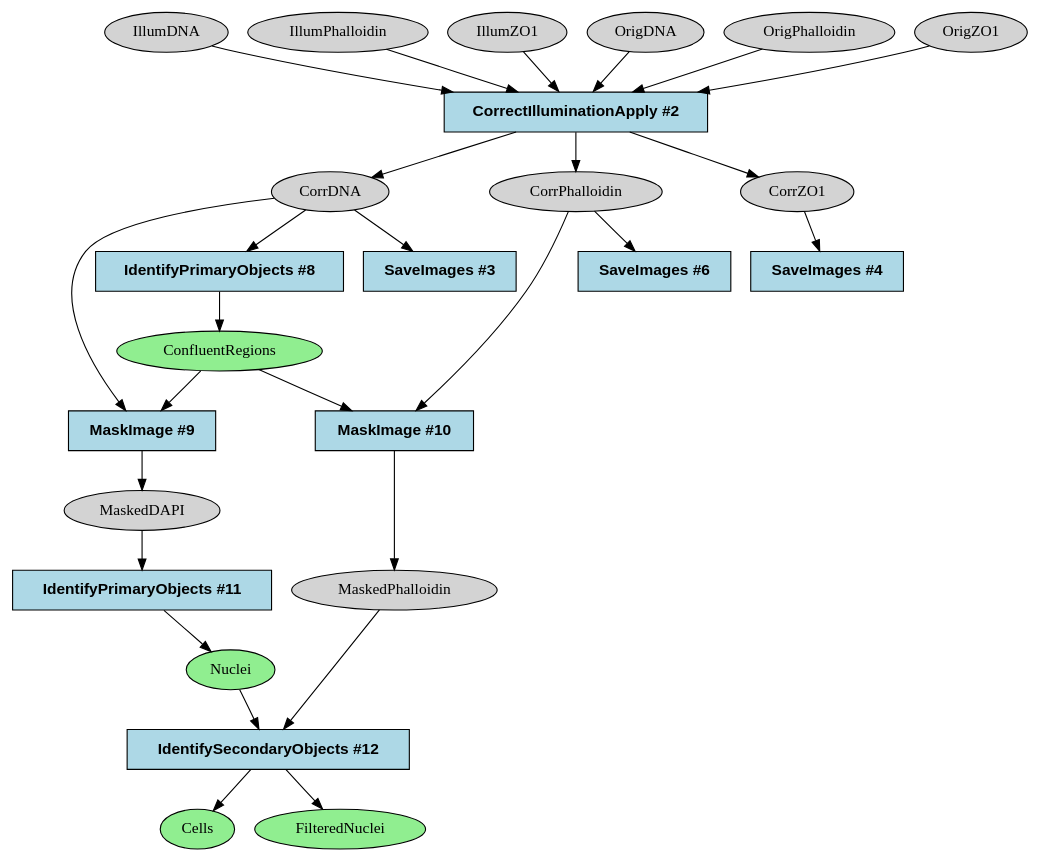
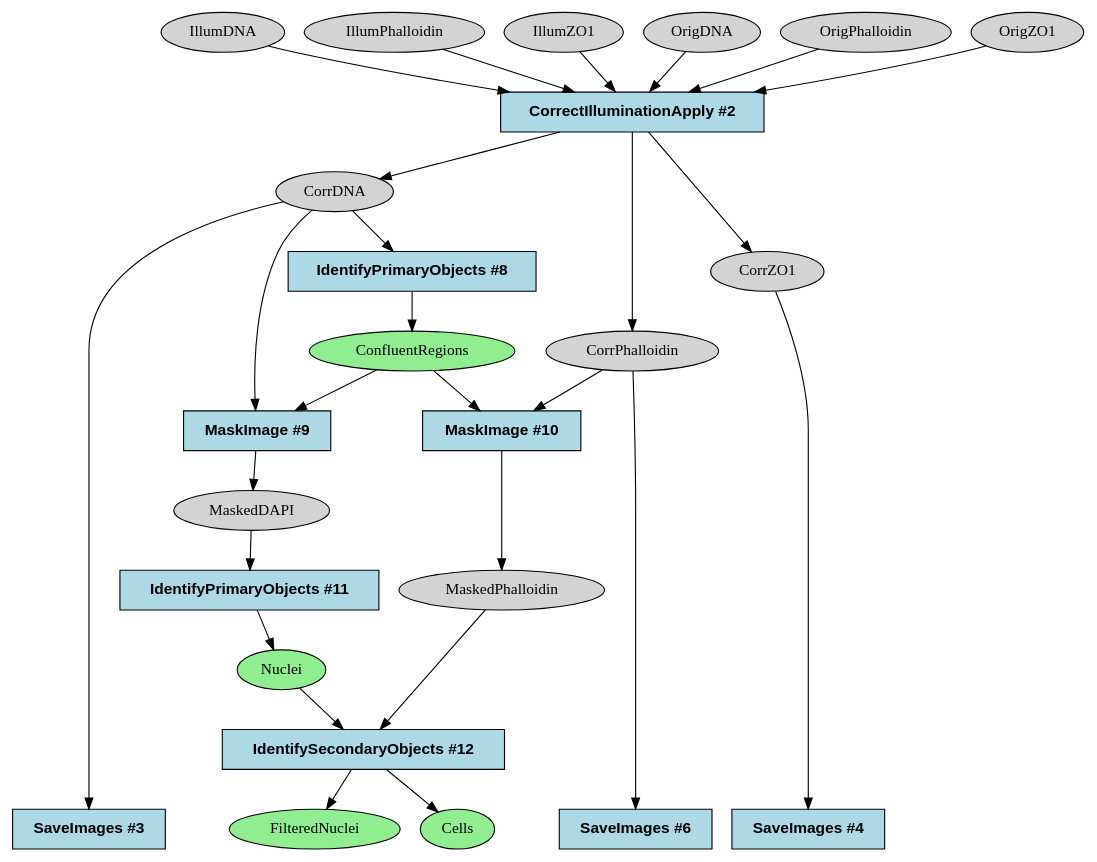
One commit to broadinstitute/starrynight changed the diagram in docs/tester/assets/pcpip-pipelines/_ref_graph_format/dot/ref_2_CP_Apply_Illum.dot. Above: the diagram before and after it, drawn with Graphviz. The commit also changed 22 other files, not shown here.

Commit message:
doc(starrynight): update graphs

```diff
--- a/docs/tester/assets/pcpip-pipelines/_ref_graph_format/dot/ref_2_CP_Apply_Illum.dot
+++ b/docs/tester/assets/pcpip-pipelines/_ref_graph_format/dot/ref_2_CP_Apply_Illum.dot
@@ -1,52 +1,55 @@
 strict digraph {
 CorrectIlluminationApply_4841df99 [type=module, label="CorrectIlluminationApply #2", module_name=CorrectIlluminationApply, module_num=2, original_num=2, stable_id="CorrectIlluminationApply_4841df99", enabled=True, shape=box, style=filled, fontname="Helvetica-Bold", fillcolor=lightblue];
 IdentifyPrimaryObjects_4c20beda [type=module, label="IdentifyPrimaryObjects #11", module_name=IdentifyPrimaryObjects, module_num=11, original_num=11, stable_id="IdentifyPrimaryObjects_4c20beda", enabled=True, shape=box, style=filled, fontname="Helvetica-Bold", fillcolor=lightblue];
 IdentifyPrimaryObjects_ce623d98 [type=module, label="IdentifyPrimaryObjects #8", module_name=IdentifyPrimaryObjects, module_num=8, original_num=8, stable_id="IdentifyPrimaryObjects_ce623d98", enabled=True, shape=box, style=filled, fontname="Helvetica-Bold", fillcolor=lightblue];
 IdentifySecondaryObjects_242958a0 [type=module, label="IdentifySecondaryObjects #12", module_name=IdentifySecondaryObjects, module_num=12, original_num=12, stable_id="IdentifySecondaryObjects_242958a0", enabled=True, shape=box, style=filled, fontname="Helvetica-Bold", fillcolor=lightblue];
 MaskImage_76b70196 [type=module, label="MaskImage #9", module_name=MaskImage, module_num=9, original_num=9, stable_id="MaskImage_76b70196", enabled=True, shape=box, style=filled, fontname="Helvetica-Bold", fillcolor=lightblue];
 MaskImage_9954d6b5 [type=module, label="MaskImage #10", module_name=MaskImage, module_num=10, original_num=10, stable_id="MaskImage_9954d6b5", enabled=True, shape=box, style=filled, fontname="Helvetica-Bold", fillcolor=lightblue];
 SaveImages_1f63435b [type=module, label="SaveImages #3", module_name=SaveImages, module_num=3, original_num=3, stable_id="SaveImages_1f63435b", enabled=True, shape=box, style=filled, fontname="Helvetica-Bold", fillcolor=lightblue];
 SaveImages_2a9b1e28 [type=module, label="SaveImages #4", module_name=SaveImages, module_num=4, original_num=4, stable_id="SaveImages_2a9b1e28", enabled=True, shape=box, style=filled, fontname="Helvetica-Bold", fillcolor=lightblue];
 SaveImages_4195e184 [type=module, label="SaveImages #6", module_name=SaveImages, module_num=6, original_num=6, stable_id="SaveImages_4195e184", enabled=True, shape=box, style=filled, fontname="Helvetica-Bold", fillcolor=lightblue];
 image__CorrDNA [type=image, label=CorrDNA, shape=ellipse, style=filled, fillcolor=lightgray];
 image__CorrPhalloidin [type=image, label=CorrPhalloidin, shape=ellipse, style=filled, fillcolor=lightgray];
 image__CorrZO1 [type=image, label=CorrZO1, shape=ellipse, style=filled, fillcolor=lightgray];
 image__IllumDNA [type=image, label=IllumDNA, shape=ellipse, style=filled, fillcolor=lightgray];
 image__IllumPhalloidin [type=image, label=IllumPhalloidin, shape=ellipse, style=filled, fillcolor=lightgray];
 image__IllumZO1 [type=image, label=IllumZO1, shape=ellipse, style=filled, fillcolor=lightgray];
 image__MaskedDAPI [type=image, label=MaskedDAPI, shape=ellipse, style=filled, fillcolor=lightgray];
 image__MaskedPhalloidin [type=image, label=MaskedPhalloidin, shape=ellipse, style=filled, fillcolor=lightgray];
 image__OrigDNA [type=image, label=OrigDNA, shape=ellipse, style=filled, fillcolor=lightgray];
 image__OrigPhalloidin [type=image, label=OrigPhalloidin, shape=ellipse, style=filled, fillcolor=lightgray];
 image__OrigZO1 [type=image, label=OrigZO1, shape=ellipse, style=filled, fillcolor=lightgray];
 object__Cells [type=object, label=Cells, shape=ellipse, style=filled, fillcolor=lightgreen];
 object__ConfluentRegions [type=object, label=ConfluentRegions, shape=ellipse, style=filled, fillcolor=lightgreen];
 object__FilteredNuclei [type=object, label=FilteredNuclei, shape=ellipse, style=filled, fillcolor=lightgreen];
 object__Nuclei [type=object, label=Nuclei, shape=ellipse, style=filled, fillcolor=lightgreen];
 CorrectIlluminationApply_4841df99 -> image__CorrDNA [type="image_output"];
 CorrectIlluminationApply_4841df99 -> image__CorrPhalloidin [type="image_output"];
 CorrectIlluminationApply_4841df99 -> image__CorrZO1 [type="image_output"];
 IdentifyPrimaryObjects_4c20beda -> object__Nuclei [type="object_output"];
 IdentifyPrimaryObjects_ce623d98 -> object__ConfluentRegions [type="object_output"];
 IdentifySecondaryObjects_242958a0 -> object__Cells [type="object_output"];
 IdentifySecondaryObjects_242958a0 -> object__FilteredNuclei [type="object_output"];
 MaskImage_76b70196 -> image__MaskedDAPI [type="image_output"];
 MaskImage_9954d6b5 -> image__MaskedPhalloidin [type="image_output"];
 image__CorrDNA -> IdentifyPrimaryObjects_ce623d98 [type="image_input"];
 image__CorrDNA -> MaskImage_76b70196 [type="image_input"];
 image__CorrDNA -> SaveImages_1f63435b [type="image_input"];
 image__CorrPhalloidin -> MaskImage_9954d6b5 [type="image_input"];
 image__CorrPhalloidin -> SaveImages_4195e184 [type="image_input"];
 image__CorrZO1 -> SaveImages_2a9b1e28 [type="image_input"];
 image__IllumDNA -> CorrectIlluminationApply_4841df99 [type="image_input"];
 image__IllumPhalloidin -> CorrectIlluminationApply_4841df99 [type="image_input"];
 image__IllumZO1 -> CorrectIlluminationApply_4841df99 [type="image_input"];
 image__MaskedDAPI -> IdentifyPrimaryObjects_4c20beda [type="image_input"];
 image__MaskedPhalloidin -> IdentifySecondaryObjects_242958a0 [type="image_input"];
 image__OrigDNA -> CorrectIlluminationApply_4841df99 [type="image_input"];
 image__OrigPhalloidin -> CorrectIlluminationApply_4841df99 [type="image_input"];
 image__OrigZO1 -> CorrectIlluminationApply_4841df99 [type="image_input"];
 object__ConfluentRegions -> MaskImage_76b70196 [type="object_input"];
 object__ConfluentRegions -> MaskImage_9954d6b5 [type="object_input"];
 object__Nuclei -> IdentifySecondaryObjects_242958a0 [type="object_input"];
+
+  {rank = min; image__OrigPhalloidin; image__IllumPhalloidin; image__OrigZO1; image__IllumZO1; image__OrigDNA; image__IllumDNA;}
+  {rank = max; SaveImages_1f63435b; SaveImages_2a9b1e28; SaveImages_4195e184;}
 }
```
